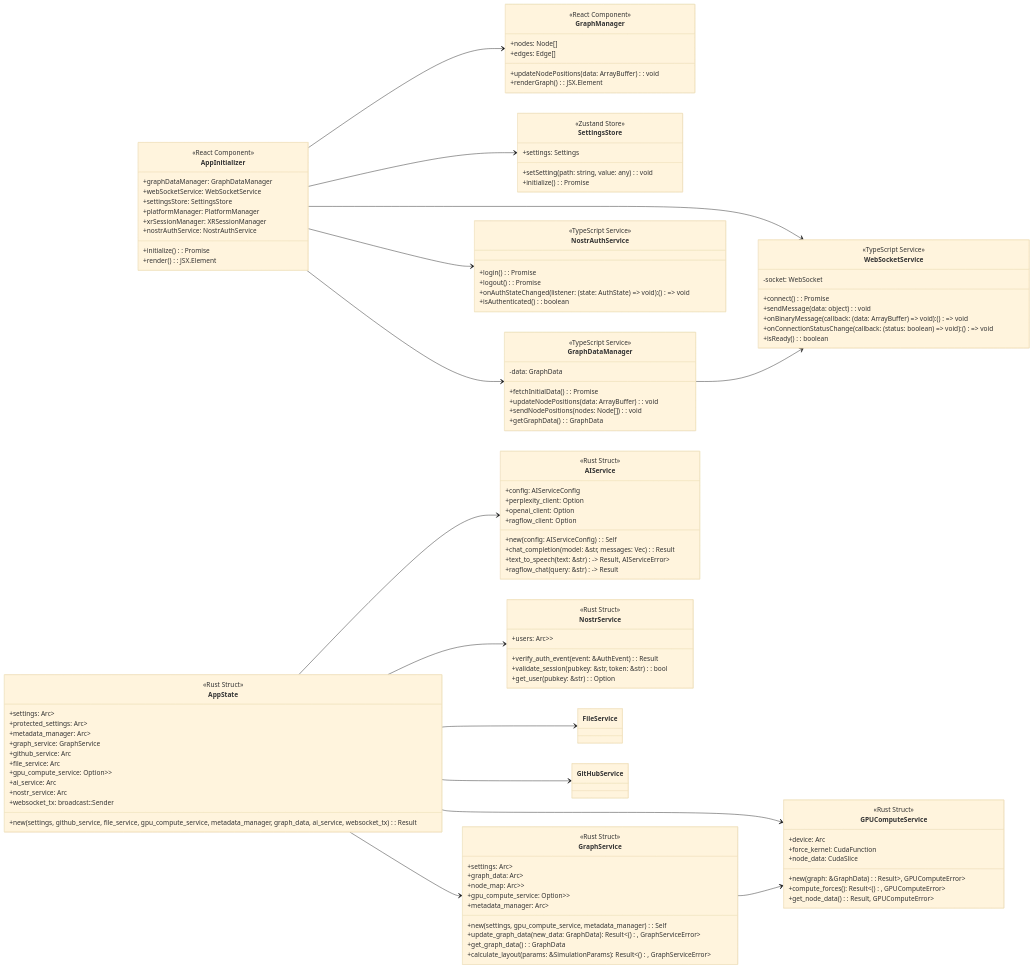
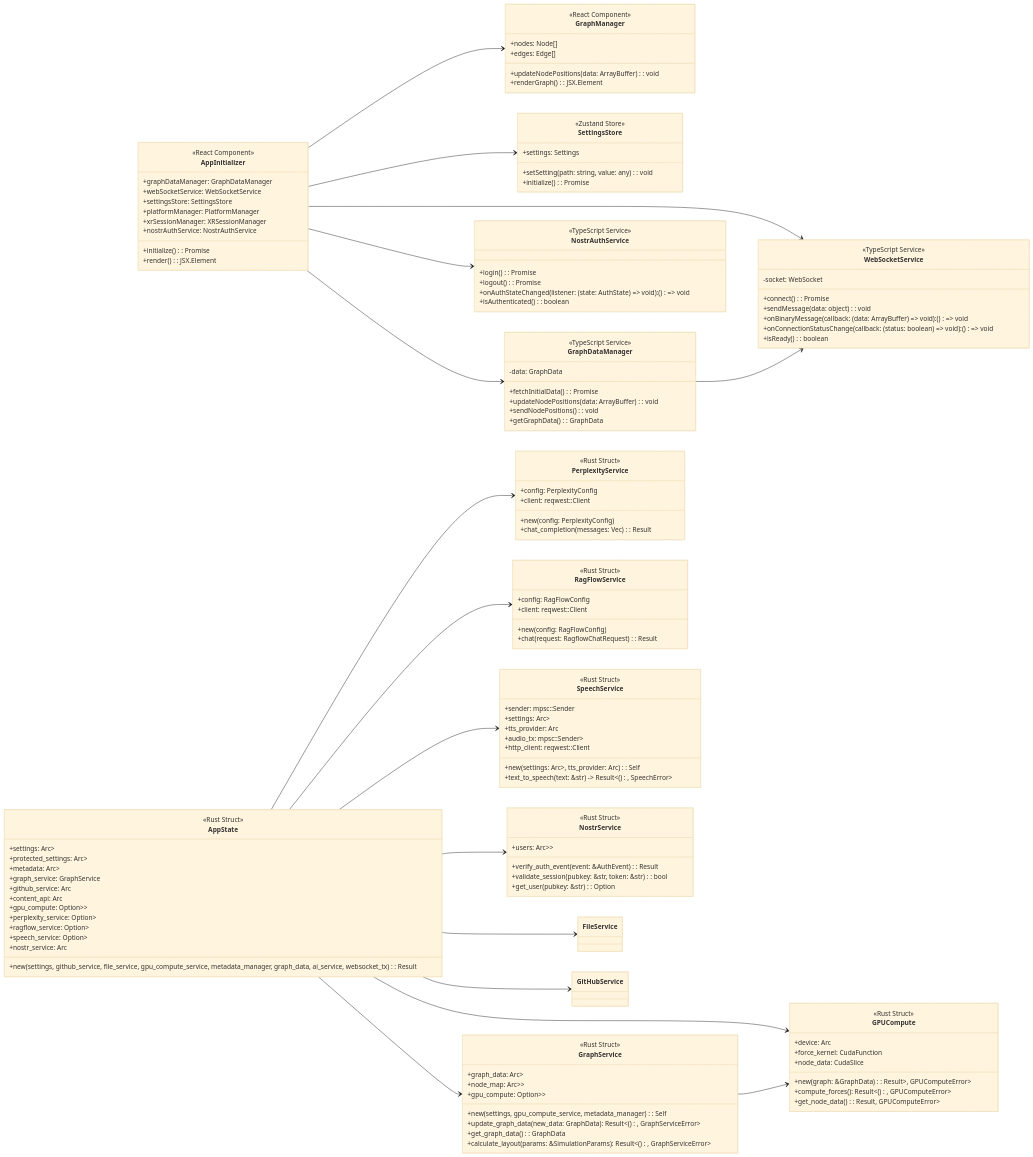
Before and after one commit to DreamLab-AI/VisionFlow: the second of 9 diagrams in README.md, drawn with Mermaid (base theme). The commit also changed other lines of this file and 19 other files, not shown here.

````diff
--- a/README.md
+++ b/README.md
@@ -209,7 +211,7 @@
         -data: GraphData
         +fetchInitialData(): Promise<GraphData>
         +updateNodePositions(data: ArrayBuffer): void
-        +sendNodePositions(nodes: Node[]): void
+        +sendNodePositions(): void
         +getGraphData(): GraphData
     }
 
@@ -232,40 +234,54 @@
         <<Rust Struct>>
         +settings: Arc<RwLock<AppFullSettings>>
         +protected_settings: Arc<RwLock<ProtectedSettings>>
-        +metadata_manager: Arc<RwLock<MetadataManager>>
+        +metadata: Arc<RwLock<MetadataManager>>
         +graph_service: GraphService
         +github_service: Arc<GitHubService>
-        +file_service: Arc<FileService>
-        +gpu_compute_service: Option<Arc<RwLock<GPUComputeService>>>
-        +ai_service: Arc<AIService>
+        +content_api: Arc<FileService>
+        +gpu_compute: Option<Arc<RwLock<GPUCompute>>>
+        +perplexity_service: Option<Arc<PerplexityService>>
+        +ragflow_service: Option<Arc<RagFlowService>>
+        +speech_service: Option<Arc<SpeechService>>
         +nostr_service: Arc<NostrService>
-        +websocket_tx: broadcast::Sender<Message>
         +new(settings, github_service, file_service, gpu_compute_service, metadata_manager, graph_data, ai_service, websocket_tx): Result<Self, Error>
     }
 
     class GraphService {
         <<Rust Struct>>
-        +settings: Arc<RwLock<AppFullSettings>>
         +graph_data: Arc<RwLock<GraphData>>
         +node_map: Arc<RwLock<HashMap<String, Node>>>
-        +gpu_compute_service: Option<Arc<RwLock<GPUComputeService>>>
-        +metadata_manager: Arc<RwLock<MetadataManager>>
+        +gpu_compute: Option<Arc<RwLock<GPUCompute>>>
         +new(settings, gpu_compute_service, metadata_manager): Self
         +update_graph_data(new_data: GraphData): Result<(), GraphServiceError>
         +get_graph_data(): GraphData
         +calculate_layout(params: &SimulationParams): Result<(), GraphServiceError>
     }
 
-    class AIService {
+    class PerplexityService {
         <<Rust Struct>>
-        +config: AIServiceConfig
-        +perplexity_client: Option<PerplexityClient>
-        +openai_client: Option<OpenAIClient>
-        +ragflow_client: Option<RagflowClient>
-        +new(config: AIServiceConfig): Self
-        +chat_completion(model: &str, messages: Vec<ChatMessage>): Result<ChatResponse, AIServiceError>
-        +text_to_speech(text: &str) -> Result<Vec<u8>, AIServiceError>
-        +ragflow_chat(query: &str) -> Result<RagflowResponse, AIServiceError>
+        +config: PerplexityConfig
+        +client: reqwest::Client
+        +new(config: PerplexityConfig)
+        +chat_completion(messages: Vec<ChatMessage>): Result<ChatResponse, PerplexityError>
+    }
+
+    class RagFlowService {
+        <<Rust Struct>>
+        +config: RagFlowConfig
+        +client: reqwest::Client
+        +new(config: RagFlowConfig)
+        +chat(request: RagflowChatRequest): Result<RagflowChatResponse, RagFlowError>
+    }
+
+    class SpeechService {
+        <<Rust Struct>>
+        +sender: mpsc::Sender<SpeechCommand>
+        +settings: Arc<RwLock<SpeechSettings>>
+        +tts_provider: Arc<dyn TTSProvider>
+        +audio_tx: mpsc::Sender<Vec<u8>>
+        +http_client: reqwest::Client
+        +new(settings: Arc<RwLock<SpeechSettings>>, tts_provider: Arc<dyn TTSProvider>): Self
+        +text_to_speech(text: &str) -> Result<(), SpeechError>
     }
 
     class NostrService {
@@ -276,7 +292,7 @@
         +get_user(pubkey: &str): Option<NostrUser>
     }
     
-    class GPUComputeService {
+    class GPUCompute {
         <<Rust Struct>>
         +device: Arc<CudaDevice>
         +force_kernel: CudaFunction
@@ -288,9 +304,11 @@
     
     AppState --> GraphService
     AppState --> NostrService
-    AppState --> AIService
-    AppState --> GPUComputeService
+    AppState --> PerplexityService
+    AppState --> RagFlowService
+    AppState --> SpeechService
+    AppState --> GPUCompute
     AppState --> FileService
     AppState --> GitHubService
-    GraphService --> GPUComputeService
+    GraphService --> GPUCompute
 ```
````
